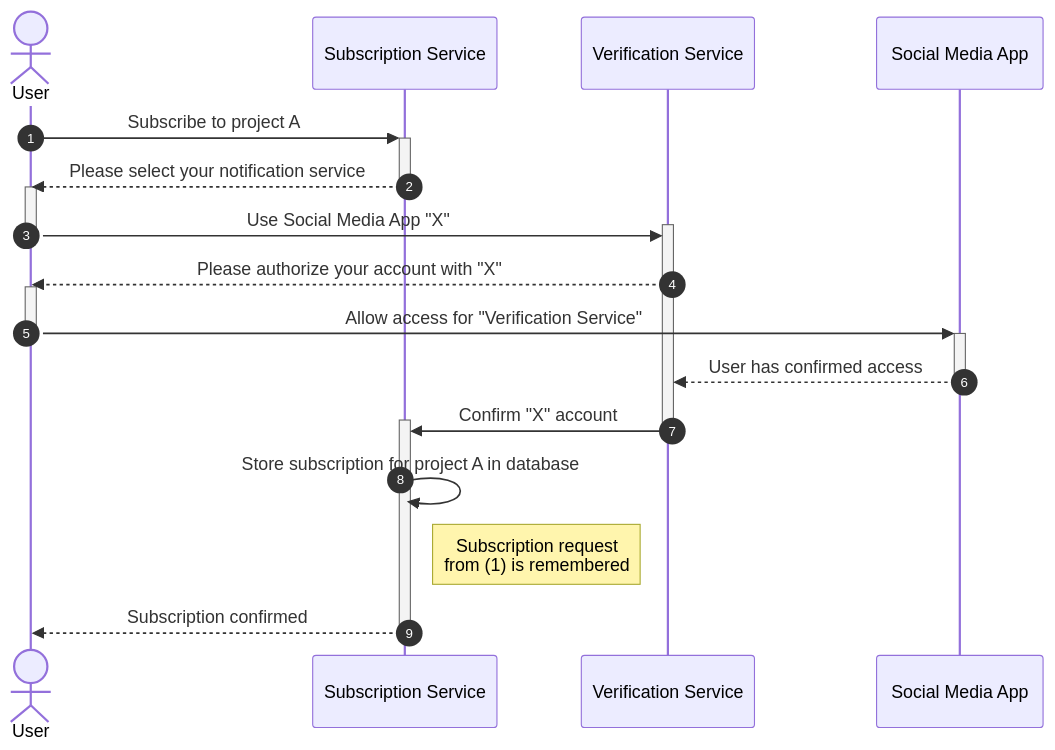
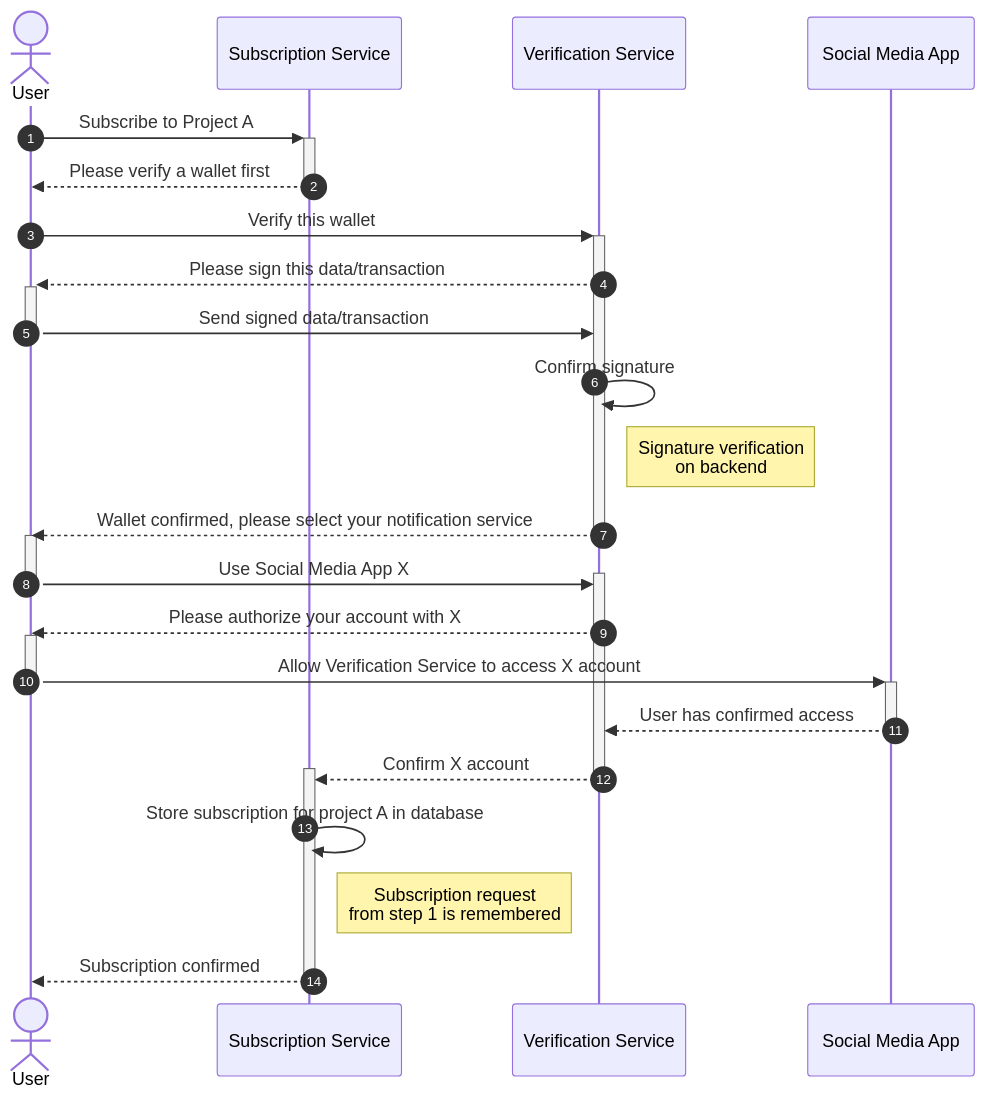
One commit to nilscodes/reach-your-people changed the diagram in docs/diagrams/user-subscription-sequence.md. Above: the diagram before and after it, drawn with Mermaid. The commit also changed other lines of this file, not shown here.

Commit message:
RYP-4 Editor feedback for sequence diagram showed it is not clear when split into two diagrams.

````diff
--- a/docs/diagrams/user-subscription-sequence.md
+++ b/docs/diagrams/user-subscription-sequence.md
@@ -34,23 +13,29 @@
 ```mermaid
 sequenceDiagram
     autonumber
     actor U as User
     participant S as Subscription Service
     participant V as Verification Service
     participant X as Social Media App
-    U ->> +S: Subscribe to project A
-    S -->> -U: Please select your notification service
+    U ->> +S: Subscribe to Project A
+    S -->> -U: Please verify a wallet first
+    U ->> +V: Verify this wallet
+    V -->> +U: Please sign this data/transaction
+    U ->> -V: Send signed data/transaction
+    V ->> V: Confirm signature
+    Note right of V: Signature verification<br>on backend
+    V -->> -U: Wallet confirmed, please select your notification service
     activate U
-    U ->> +V: Use Social Media App "X"
+    U ->> +V: Use Social Media App X
     deactivate U
-    V -->> U: Please authorize your account with "X"
+    V -->> U: Please authorize your account with X
     activate U
-    U ->> +X: Allow access for "Verification Service"
+    U ->> +X: Allow Verification Service to access X account
     deactivate U
     X -->> -V: User has confirmed access
-    V ->> +S: Confirm "X" account
+    V -->> +S: Confirm X account
     deactivate V
     S ->> S: Store subscription for project A in database
-    Note right of S: Subscription request<br>from (1) is remembered
+    Note right of S: Subscription request<br>from step 1 is remembered
     S -->> -U: Subscription confirmed
 ```
````
